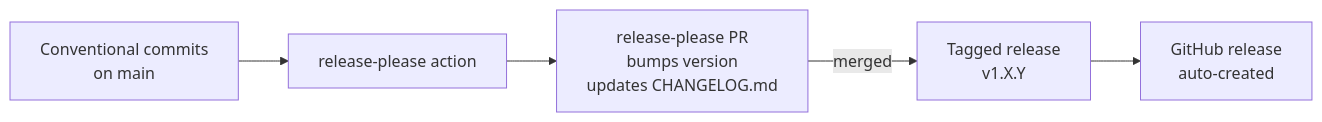
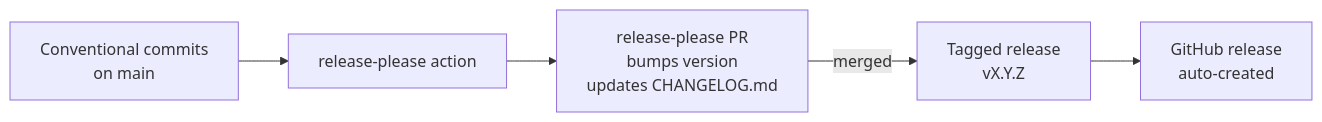
The third of 3 diagrams in docs/design/TOOLING_DESIGN.md (semi-sentient/vibe-starter), drawn with Mermaid before and after one commit. The commit also changed other lines of this file and 3 other files, not shown here.

First line of the commit message:
ci: add Dependabot for Actions and document the npm run setup flow

````diff
--- a/docs/design/TOOLING_DESIGN.md
+++ b/docs/design/TOOLING_DESIGN.md
@@ -482,7 +467,7 @@
 ```mermaid
 flowchart LR
   Commits[Conventional commits<br/>on main] --> RP[release-please action]
   RP --> RPPR[release-please PR<br/>bumps version<br/>updates CHANGELOG.md]
-  RPPR -->|merged| Tag[Tagged release<br/>v1.X.Y]
+  RPPR -->|merged| Tag[Tagged release<br/>vX.Y.Z]
   Tag --> GH[GitHub release<br/>auto-created]
 ```
````
